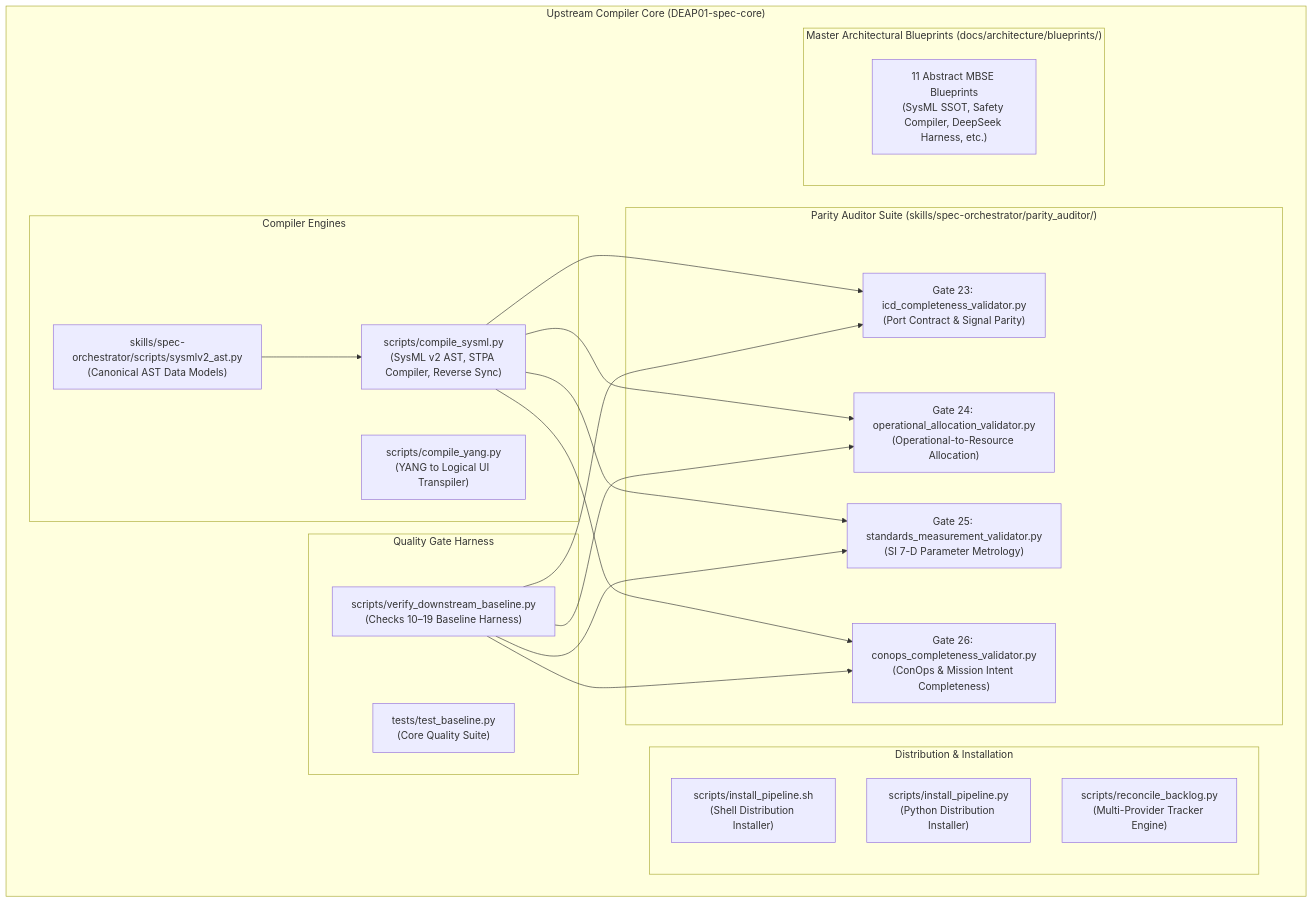
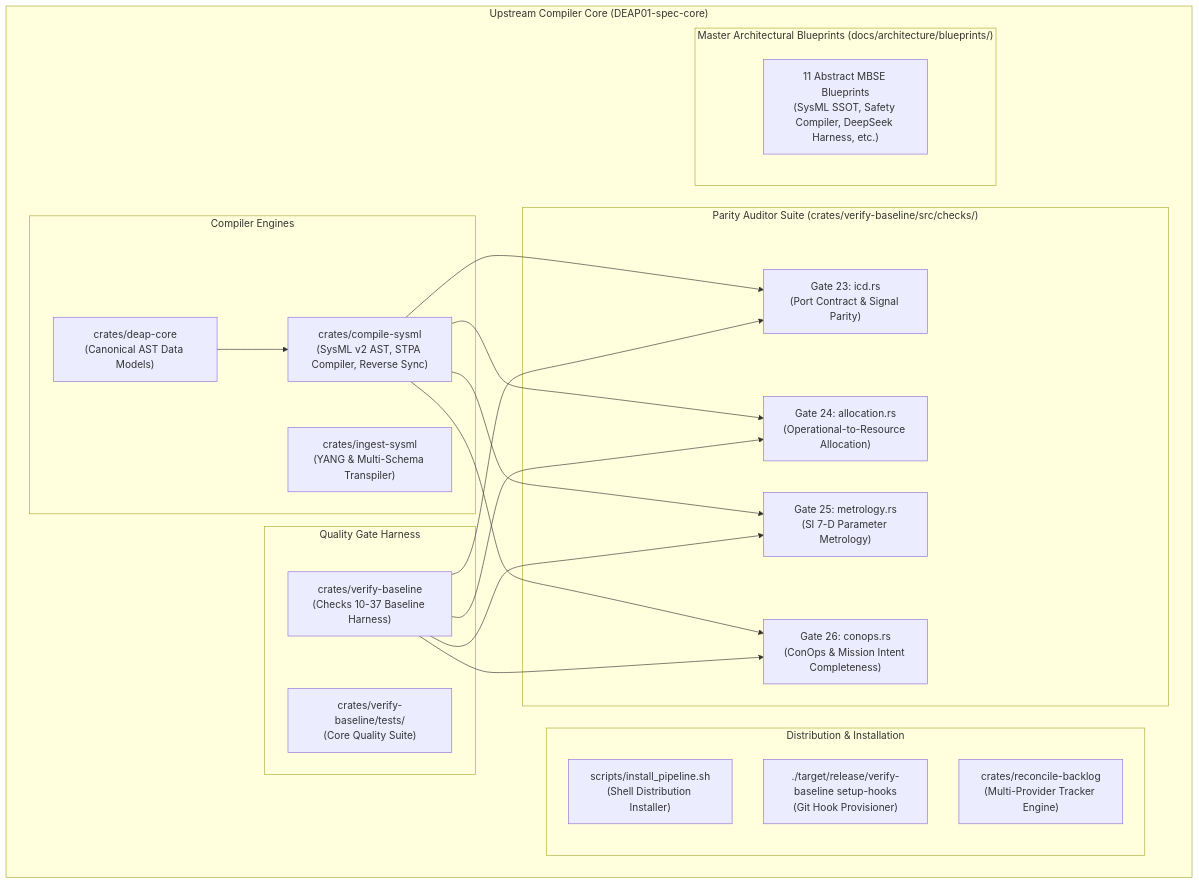
Before and after one commit to gintatkinson/DEAP01-spec-core: the third of 5 diagrams in docs/architecture/MASTER_OPENCODE_AGENT_HANDOVER.md, drawn with Mermaid. The commit also changed other lines of this file and 162 other files, not shown here.

Commit message:
feat(verify-baseline,compile-sysml,ingest-sysml,deap-core): enforce Check 36 per-item 7-section docstring gate, Check 33 zero-Python content scanner, FEAT-42 source AST ingestion and docstring synthesizer, and 12-check defect dossier validator (refs #465, #466, #467, #468, #469)

````diff
--- a/docs/architecture/MASTER_OPENCODE_AGENT_HANDOVER.md
+++ b/docs/architecture/MASTER_OPENCODE_AGENT_HANDOVER.md
@@ -131,42 +131,42 @@
 ```mermaid
 graph TD
     subgraph "Upstream Compiler Core (DEAP01-spec-core)"
         subgraph "Compiler Engines"
-            C1["scripts/compile_sysml.py\n(SysML v2 AST, STPA Compiler, Reverse Sync)"]
-            C2["scripts/compile_yang.py\n(YANG to Logical UI Transpiler)"]
-            C3["skills/spec-orchestrator/scripts/sysmlv2_ast.py\n(Canonical AST Data Models)"]
+            C1["crates/compile-sysml\n(SysML v2 AST, STPA Compiler, Reverse Sync)"]
+            C2["crates/ingest-sysml\n(YANG & Multi-Schema Transpiler)"]
+            C3["crates/deap-core\n(Canonical AST Data Models)"]
         end
 
         subgraph "Quality Gate Harness"
-            Q1["scripts/verify_downstream_baseline.py\n(Checks 10–19 Baseline Harness)"]
-            Q2["tests/test_baseline.py\n(Core Quality Suite)"]
+            Q1["crates/verify-baseline\n(Checks 10-37 Baseline Harness)"]
+            Q2["crates/verify-baseline/tests/\n(Core Quality Suite)"]
         end
 
-        subgraph "Parity Auditor Suite (skills/spec-orchestrator/parity_auditor/)"
-            G23["Gate 23: icd_completeness_validator.py\n(Port Contract & Signal Parity)"]
-            G24["Gate 24: operational_allocation_validator.py\n(Operational-to-Resource Allocation)"]
-            G25["Gate 25: standards_measurement_validator.py\n(SI 7-D Parameter Metrology)"]
-            G26["Gate 26: conops_completeness_validator.py\n(ConOps & Mission Intent Completeness)"]
+        subgraph "Parity Auditor Suite (crates/verify-baseline/src/checks/)"
+            G23["Gate 23: icd.rs\n(Port Contract & Signal Parity)"]
+            G24["Gate 24: allocation.rs\n(Operational-to-Resource Allocation)"]
+            G25["Gate 25: metrology.rs\n(SI 7-D Parameter Metrology)"]
+            G26["Gate 26: conops.rs\n(ConOps & Mission Intent Completeness)"]
         end
 
         subgraph "Distribution & Installation"
             I1["scripts/install_pipeline.sh\n(Shell Distribution Installer)"]
-            I2["scripts/install_pipeline.py\n(Python Distribution Installer)"]
-            I3["scripts/reconcile_backlog.py\n(Multi-Provider Tracker Engine)"]
+            I2["./target/release/verify-baseline setup-hooks\n(Git Hook Provisioner)"]
+            I3["crates/reconcile-backlog\n(Multi-Provider Tracker Engine)"]
         end
 
         subgraph "Master Architectural Blueprints (docs/architecture/blueprints/)"
             BP["11 Abstract MBSE Blueprints\n(SysML SSOT, Safety Compiler, DeepSeek Harness, etc.)"]
         end
     end
 
     C3 --> C1
     C1 --> G23
     C1 --> G24
     C1 --> G25
     C1 --> G26
     Q1 --> G23
     Q1 --> G24
     Q1 --> G25
     Q1 --> G26
 ```
````
